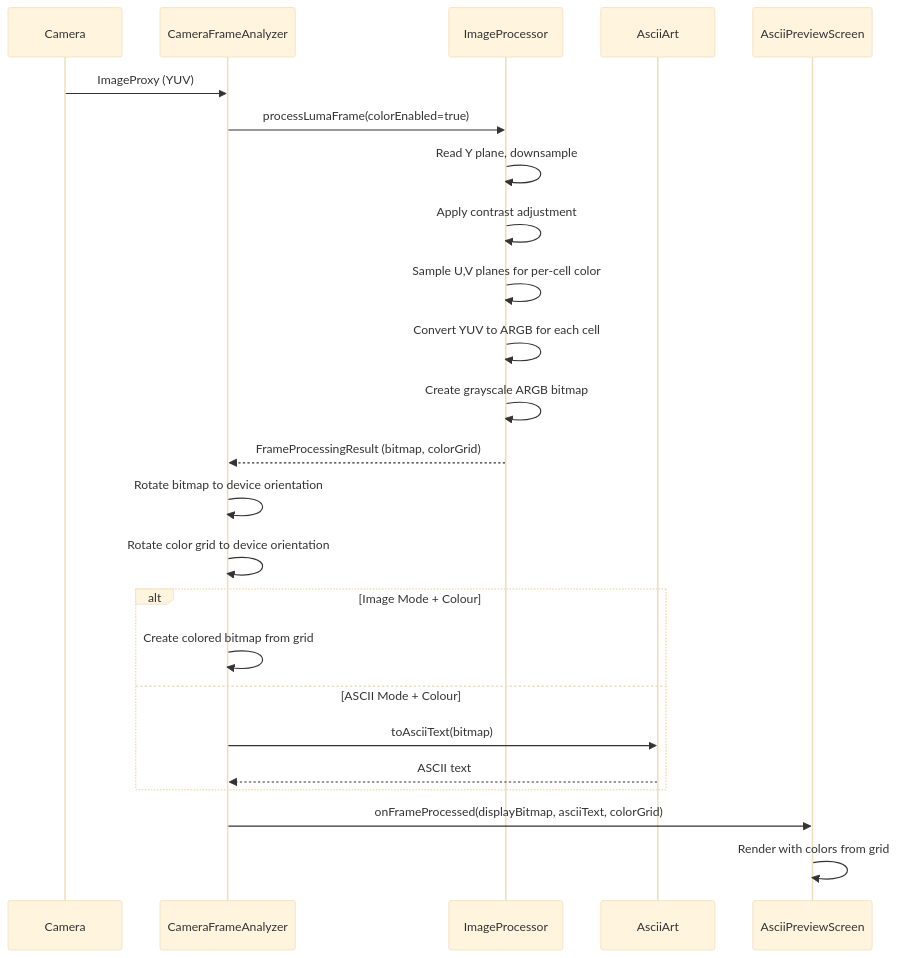
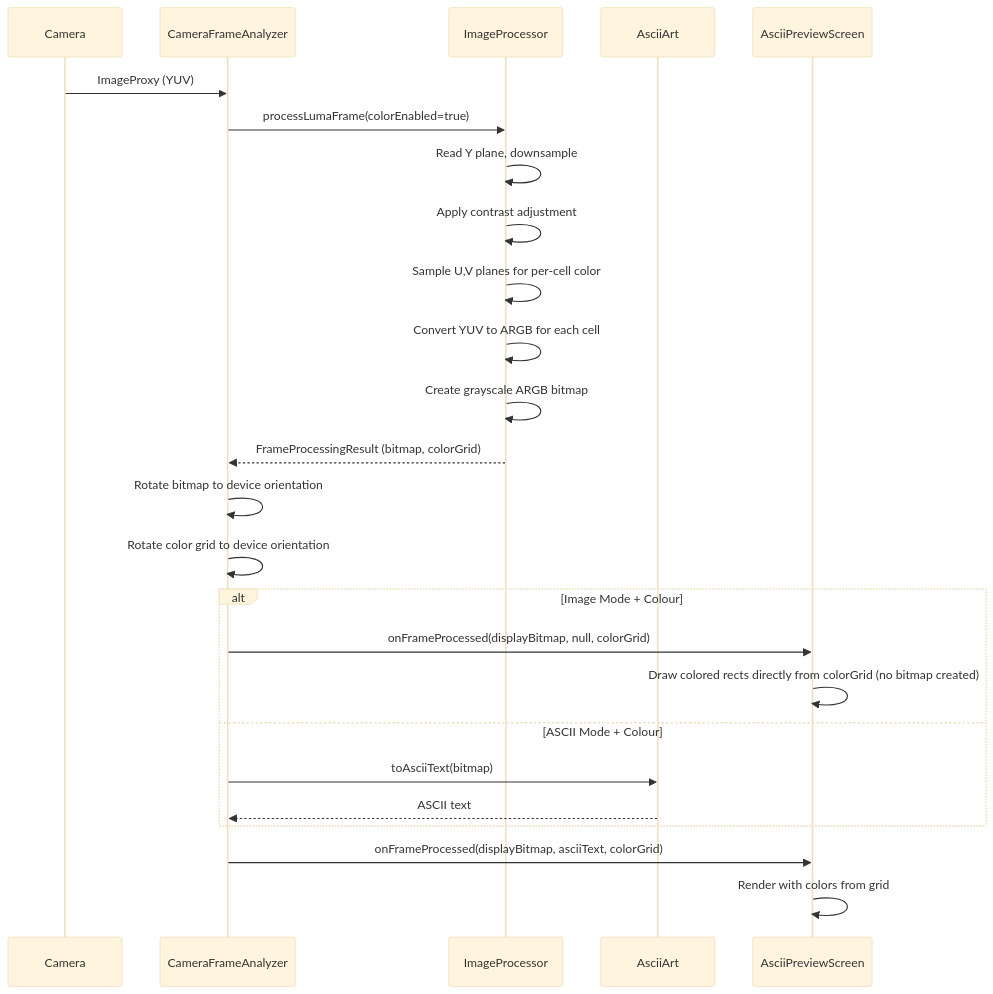
The second of 5 diagrams in README.md (replicant1/AsciiArt), drawn with Mermaid (base theme) before and after one commit. The commit also changed other lines of this file and 2 other files, not shown here.

````diff
--- a/README.md
+++ b/README.md
@@ -111,27 +112,28 @@
 ```mermaid
 sequenceDiagram
     participant Camera
     participant CFA as CameraFrameAnalyzer
     participant IP as ImageProcessor
     participant AA as AsciiArt
     participant UI as AsciiPreviewScreen
 
     Camera->>CFA: ImageProxy (YUV)
     CFA->>IP: processLumaFrame(colorEnabled=true)
     IP->>IP: Read Y plane, downsample
     IP->>IP: Apply contrast adjustment
     IP->>IP: Sample U,V planes for per-cell color
     IP->>IP: Convert YUV to ARGB for each cell
     IP->>IP: Create grayscale ARGB bitmap
     IP-->>CFA: FrameProcessingResult (bitmap, colorGrid)
     CFA->>CFA: Rotate bitmap to device orientation
     CFA->>CFA: Rotate color grid to device orientation
     alt Image Mode + Colour
-        CFA->>CFA: Create colored bitmap from grid
+        CFA->>UI: onFrameProcessed(displayBitmap, null, colorGrid)
+        UI->>UI: Draw colored rects directly from colorGrid (no bitmap created)
     else ASCII Mode + Colour
         CFA->>AA: toAsciiText(bitmap)
         AA-->>CFA: ASCII text
     end
     CFA->>UI: onFrameProcessed(displayBitmap, asciiText, colorGrid)
     UI->>UI: Render with colors from grid
 ```
````
